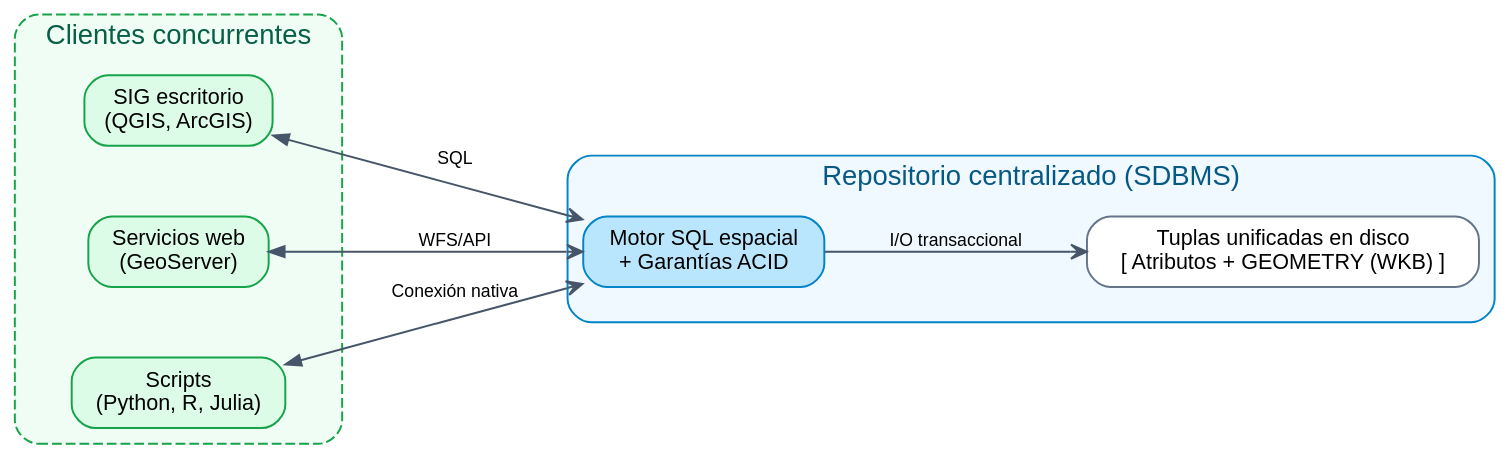
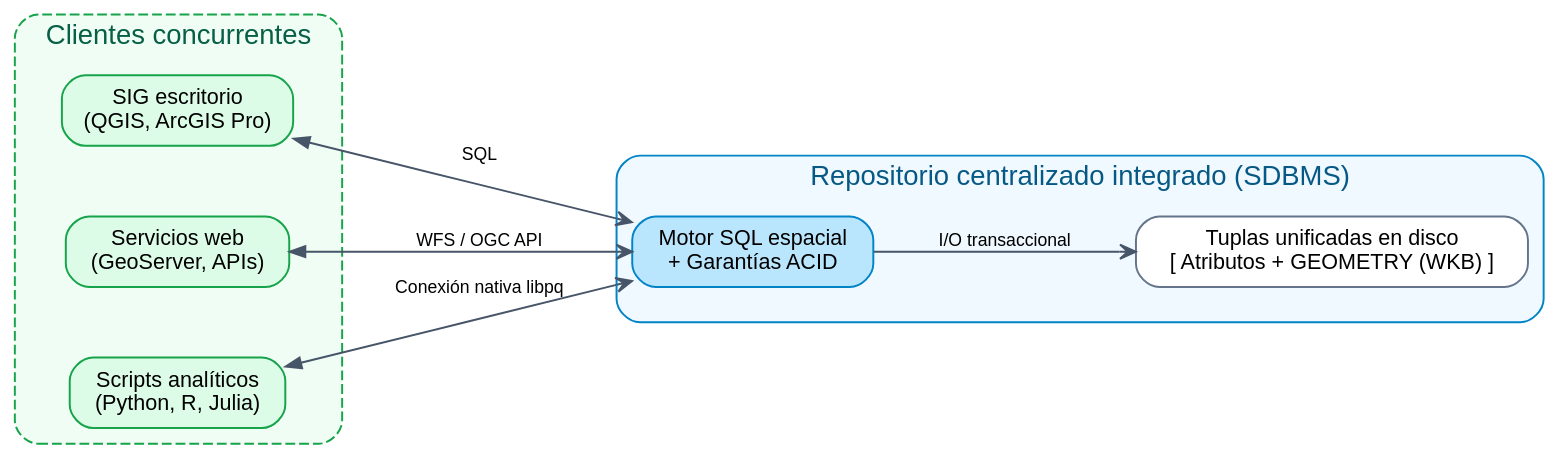
Before and after one commit to Danesvv/BDE-nestor: the first of 5 diagrams in slides/20-d_arquitectura_y_estandares_ogc.qmd, drawn with Graphviz. The commit also changed other lines of this file and 85 other files, not shown here.

````diff
--- a/slides/20-d_arquitectura_y_estandares_ogc.qmd
+++ b/slides/20-d_arquitectura_y_estandares_ogc.qmd
@@ -135,39 +145,40 @@
 ```{dot}
+//| label: dot-integracion-sdbms
 //| fig-align: center
-//| fig-width: 9
+//| fig-width: 9.2
 //| fig-height: 2.8
 //| echo: false
 
 digraph G {
     graph [rankdir=LR, bgcolor="transparent", nodesep=0.5, ranksep=0.8, fontname="Helvetica"];
     node [shape=box, style="filled,rounded", fontname="Helvetica", fontsize=11, penwidth=1.0];
     edge [color="#475569", arrowhead=vee, arrowsize=0.8, fontname="Helvetica", fontsize=9];
 
     subgraph cluster_clients {
         label = "Clientes concurrentes";
         style = "dashed,rounded";
         color = "#16a34a";
         fontcolor = "#065f46";
         bgcolor = "#f0fdf4";
-        c1 [label="SIG escritorio\n(QGIS, ArcGIS)", fillcolor="#dcfce7", color="#16a34a"];
-        c2 [label="Servicios web\n(GeoServer)", fillcolor="#dcfce7", color="#16a34a"];
-        c3 [label="Scripts\n(Python, R, Julia)", fillcolor="#dcfce7", color="#16a34a"];
+        c1 [label="SIG escritorio\n(QGIS, ArcGIS Pro)", fillcolor="#dcfce7", color="#16a34a"];
+        c2 [label="Servicios web\n(GeoServer, APIs)", fillcolor="#dcfce7", color="#16a34a"];
+        c3 [label="Scripts analíticos\n(Python, R, Julia)", fillcolor="#dcfce7", color="#16a34a"];
     }
 
     subgraph cluster_sdbms {
-        label = "Repositorio centralizado (SDBMS)";
+        label = "Repositorio centralizado integrado (SDBMS)";
         style = "solid,rounded";
         color = "#0284c7";
         fontcolor = "#075985";
         bgcolor = "#f0f9ff";
         motor [label="Motor SQL espacial\n+ Garantías ACID", fillcolor="#bae6fd", color="#0284c7"];
         disco [label="Tuplas unificadas en disco\n[ Atributos + GEOMETRY (WKB) ]", fillcolor="#ffffff", color="#64748b"];
         motor -> disco [label="I/O transaccional"];
     }
 
     c1 -> motor [dir=both, label="SQL"];
-    c2 -> motor [dir=both, label="WFS/API"];
-    c3 -> motor [dir=both, label="Conexión nativa"];
+    c2 -> motor [dir=both, label="WFS / OGC API"];
+    c3 -> motor [dir=both, label="Conexión nativa libpq"];
 }
 
 ```
````
